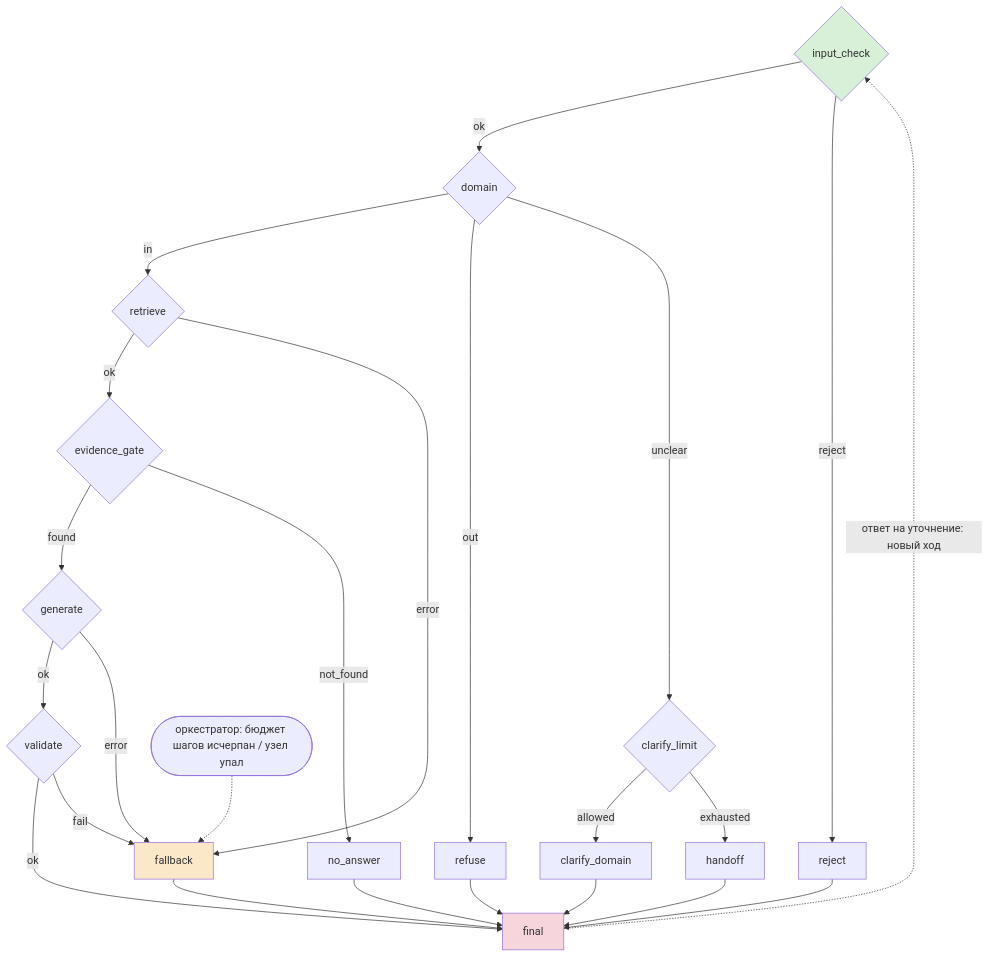
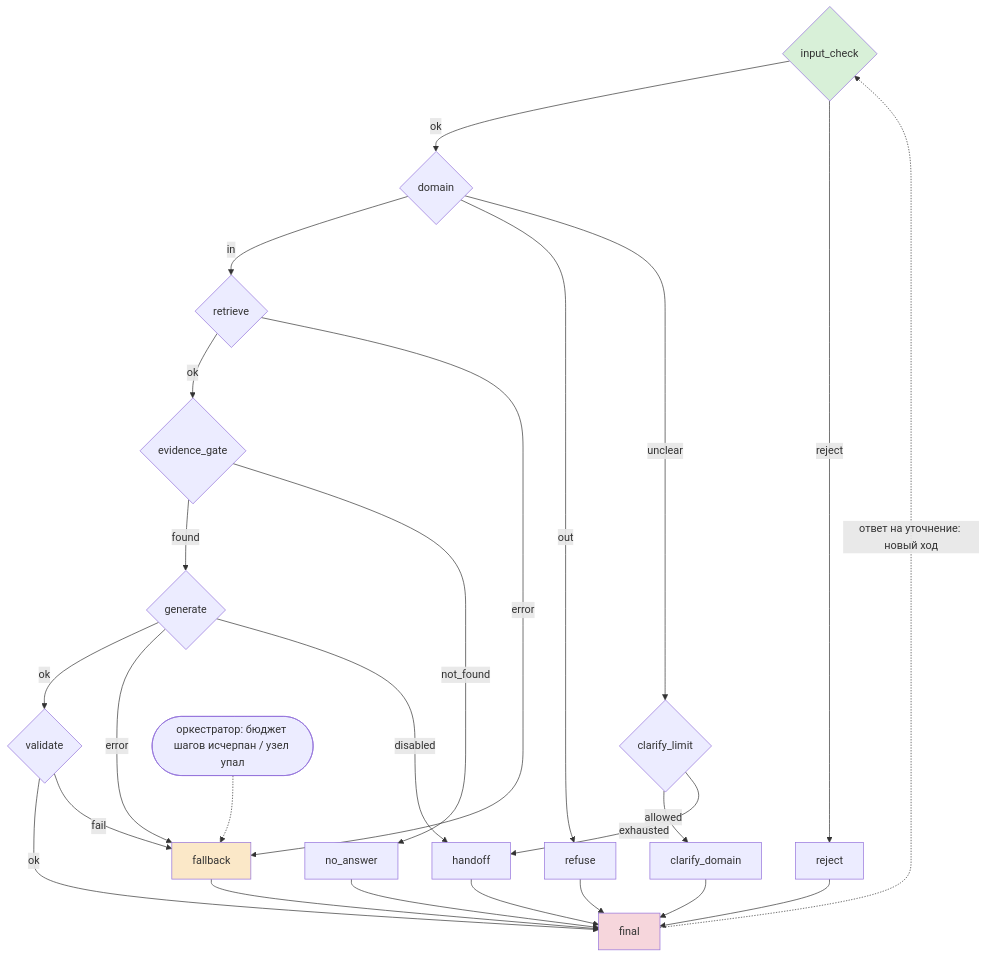
The diagram in bot/README.md (datingloki/chatbot_rag), drawn with Mermaid before and after one commit. The commit also changed other lines of this file and 42 other files, not shown here.

````diff
--- a/bot/README.md
+++ b/bot/README.md
@@ -190,46 +191,47 @@
 ```mermaid
 graph TD
     input_check{"input_check"}
     input_check -->|ok| domain
     input_check -->|reject| reject
     domain{"domain"}
     domain -->|in| retrieve
     domain -->|out| refuse
     domain -->|unclear| clarify_limit
     clarify_limit{"clarify_limit"}
     clarify_limit -->|allowed| clarify_domain
     clarify_limit -->|exhausted| handoff
     retrieve{"retrieve"}
     retrieve -->|ok| evidence_gate
     retrieve -->|error| fallback
     evidence_gate{"evidence_gate"}
     evidence_gate -->|found| generate
     evidence_gate -->|not_found| no_answer
     generate{"generate"}
     generate -->|ok| validate
     generate -->|error| fallback
+    generate -->|disabled| handoff
     validate{"validate"}
     validate -->|ok| final
     validate -->|fail| fallback
     reject["reject"]
     reject --> final
     refuse["refuse"]
     refuse --> final
     clarify_domain["clarify_domain"]
     clarify_domain --> final
     no_answer["no_answer"]
     no_answer --> final
     handoff["handoff"]
     handoff --> final
     fallback["fallback"]
     fallback --> final
     final["final"]
     classDef startNode fill:#d8f0d8
     class input_check startNode
     classDef endNode fill:#f6d6dc
     class final endNode
     classDef fallbackNode fill:#fbe8c8
     class fallback fallbackNode
     final -.->|"ответ на уточнение: новый ход"| input_check
     orchestrator(["оркестратор: бюджет шагов исчерпан / узел упал"]) -.-> fallback
 ```
````
